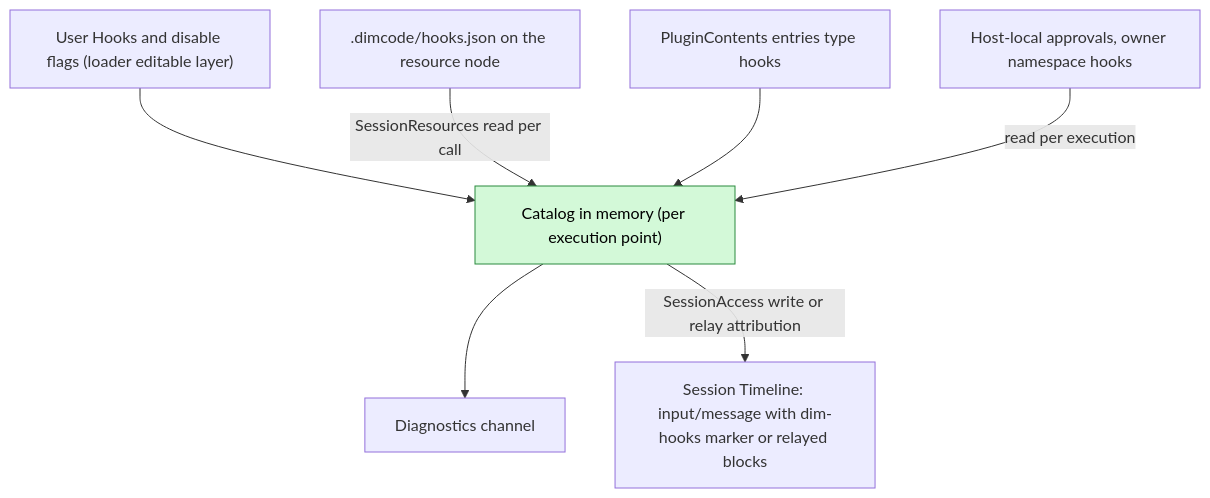
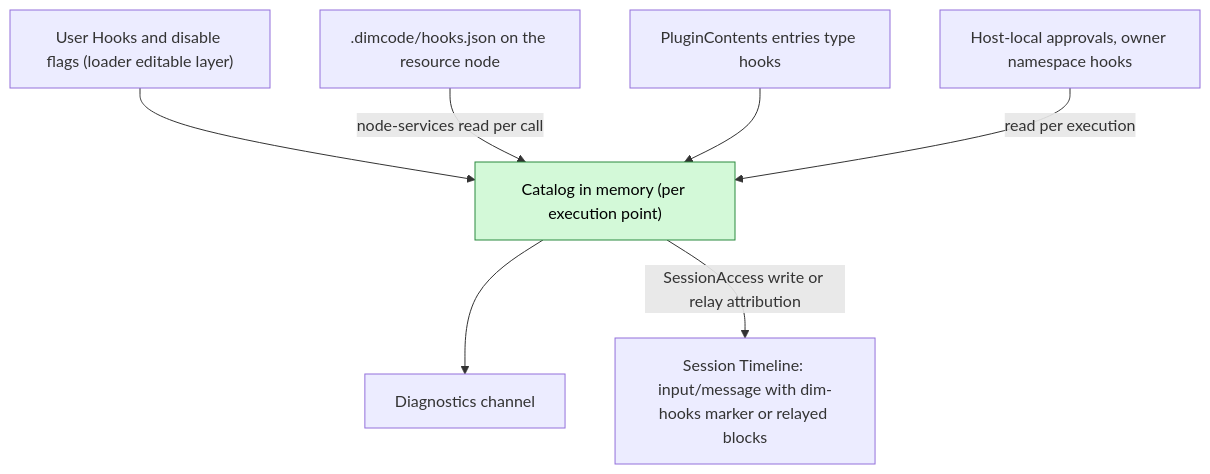
Before and after one commit to CoutinhoTTS/dim-agent: the second of 6 diagrams in docs/design/plugins/Hooks.md, drawn with Mermaid. The commit also changed other lines of this file and 3 other files, not shown here.

````diff
--- a/docs/design/plugins/Hooks.md
+++ b/docs/design/plugins/Hooks.md
@@ -54,18 +52,18 @@
 ```mermaid
 flowchart TB
   UserCfg["User Hooks and disable flags (loader editable layer)"]
   ProjFile[".dimcode/hooks.json on the resource node"]
   PlugCfg["PluginContents entries type hooks"]
   Grants["Host-local approvals, owner namespace hooks"]
   Catalog["Catalog in memory (per execution point)"]
   Diag["Diagnostics channel"]
   TL["Session Timeline: input/message with dim-hooks marker or relayed blocks"]
   UserCfg --> Catalog
-  ProjFile -->|SessionResources read per call| Catalog
+  ProjFile -->|node-services read per call| Catalog
   PlugCfg --> Catalog
   Grants -->|read per execution| Catalog
   Catalog --> Diag
   Catalog -->|SessionAccess write or relay attribution| TL
   classDef new fill:#d3f9d8,stroke:#2b8a3e,color:#000
   class Catalog new
 ```
````
